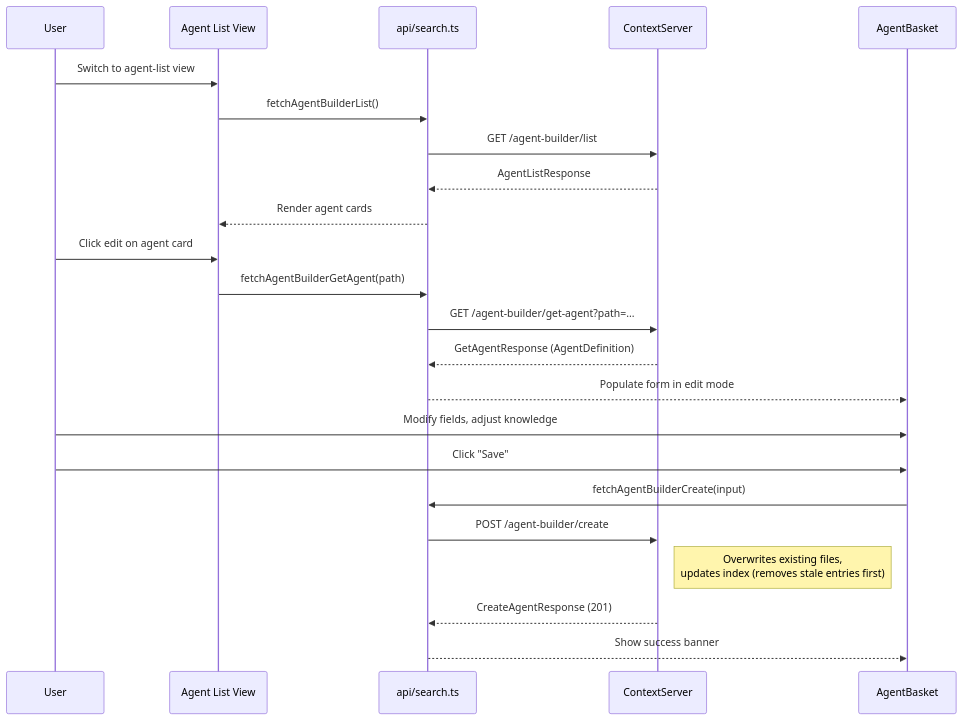
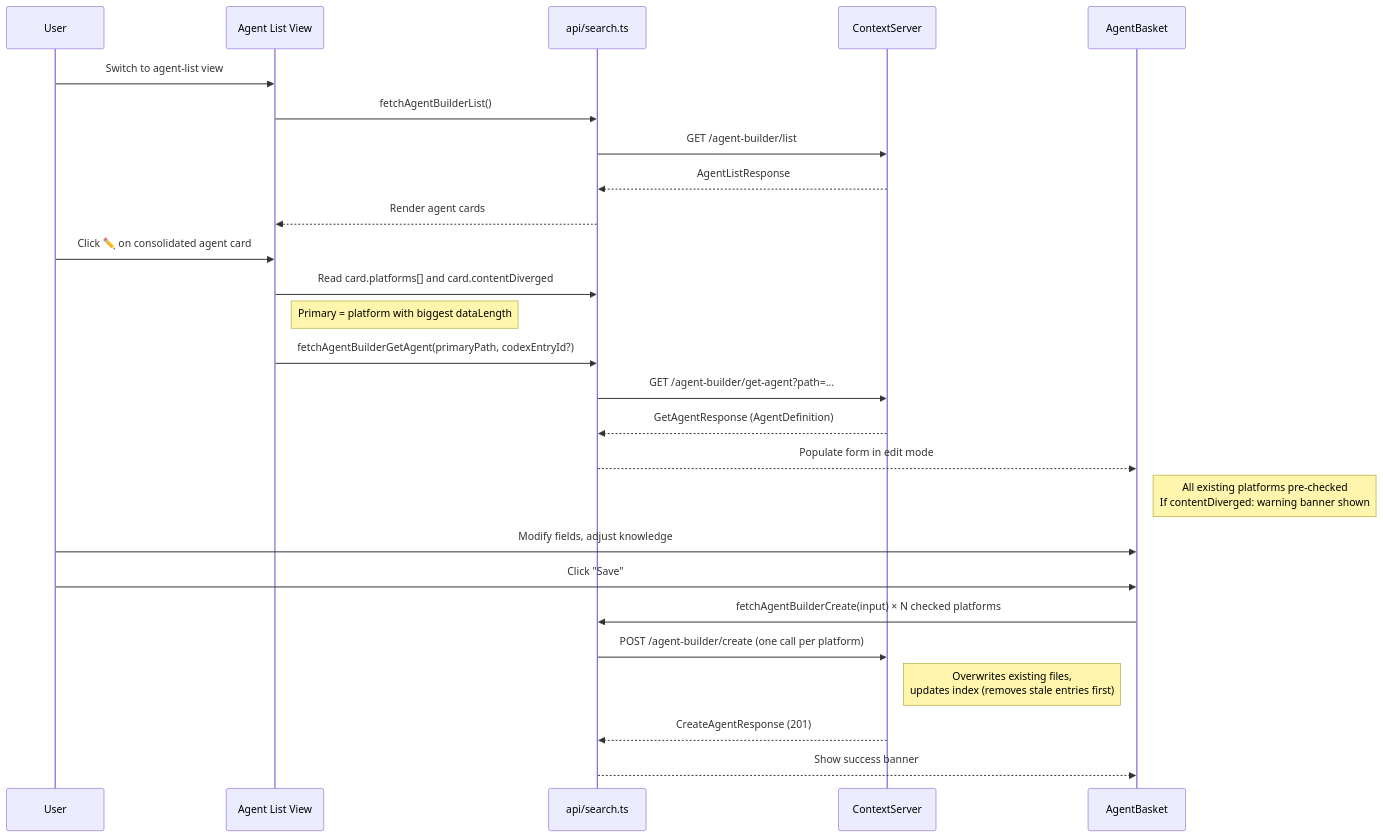
Before and after one commit to Kyliathy/context-core: diagram 11 of 12 in server/zz-reach2/architecture/agents/archi-agent-builder.md, drawn with Mermaid. The commit also changed other lines of this file and 23 other files, not shown here.

First line of the commit message:
feat(agent-builder): add Codex agent support and improve multi-path handling

````diff
--- a/server/zz-reach2/architecture/agents/archi-agent-builder.md
+++ b/server/zz-reach2/architecture/agents/archi-agent-builder.md
@@ -550,28 +680,31 @@
 ```mermaid
 sequenceDiagram
     participant User as User
     participant List as Agent List View
     participant API as api/search.ts
     participant Server as ContextServer
     participant Basket as AgentBasket
 
     User->>List: Switch to agent-list view
     List->>API: fetchAgentBuilderList()
     API->>Server: GET /agent-builder/list
     Server-->>API: AgentListResponse
     API-->>List: Render agent cards
 
-    User->>List: Click edit on agent card
-    List->>API: fetchAgentBuilderGetAgent(path)
+    User->>List: Click ✏️ on consolidated agent card
+    List->>API: Read card.platforms[] and card.contentDiverged
+    Note right of List: Primary = platform with biggest dataLength
+    List->>API: fetchAgentBuilderGetAgent(primaryPath, codexEntryId?)
     API->>Server: GET /agent-builder/get-agent?path=...
     Server-->>API: GetAgentResponse (AgentDefinition)
     API-->>Basket: Populate form in edit mode
+    Note right of Basket: All existing platforms pre-checked<br/>If contentDiverged: warning banner shown
 
     User->>Basket: Modify fields, adjust knowledge
     User->>Basket: Click "Save"
-    Basket->>API: fetchAgentBuilderCreate(input)
-    API->>Server: POST /agent-builder/create
+    Basket->>API: fetchAgentBuilderCreate(input) × N checked platforms
+    API->>Server: POST /agent-builder/create (one call per platform)
     Note right of Server: Overwrites existing files,<br/>updates index (removes stale entries first)
     Server-->>API: CreateAgentResponse (201)
     API-->>Basket: Show success banner
 ```
````
